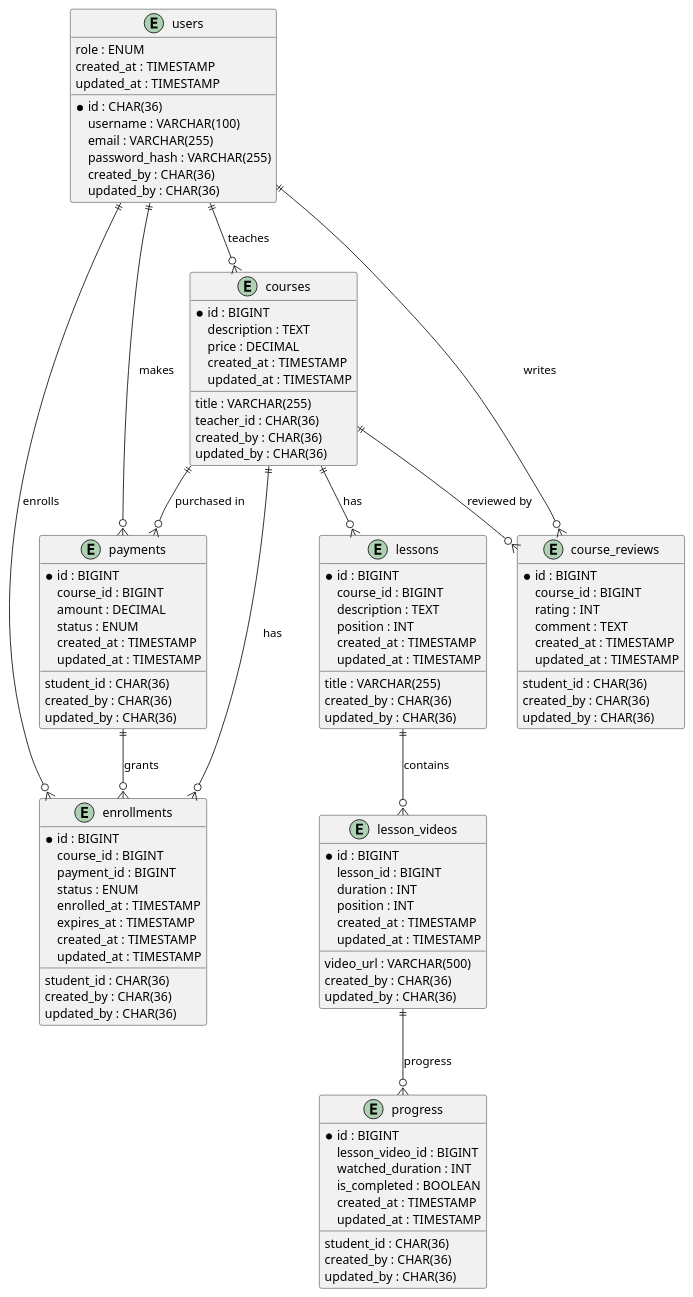
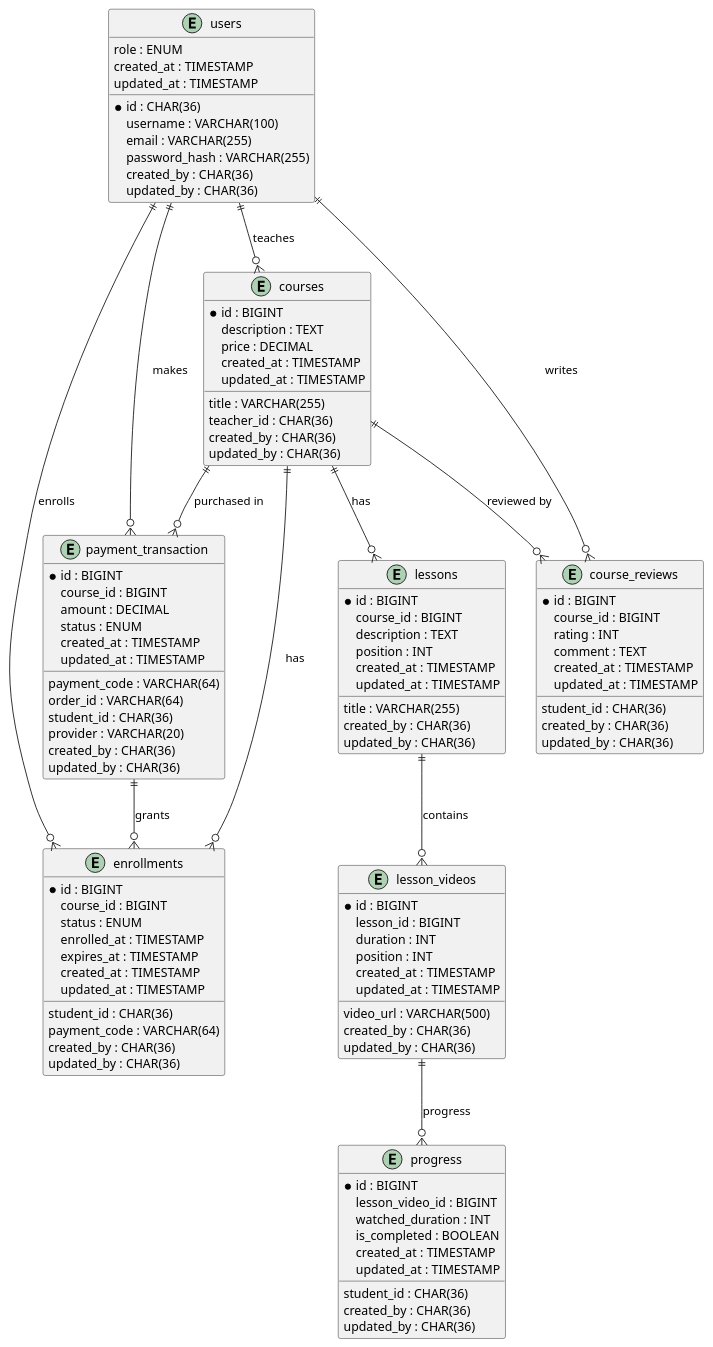
Before and after one commit to Mr-Lee009/bkis: the diagram in sql/db_er_diagram.puml, drawn with PlantUML. The commit also changed 29 other files, not shown here.

```diff
--- a/sql/db_er_diagram.puml
+++ b/sql/db_er_diagram.puml
@@ -1,115 +1,118 @@
 @startuml full_model
 
 ' --- Online Learning Platform ---
 entity "users" as users {
   *id : CHAR(36)
   username : VARCHAR(100)
   email : VARCHAR(255)
   password_hash : VARCHAR(255)
   role : ENUM
   created_by : CHAR(36)
   updated_by : CHAR(36)
   created_at : TIMESTAMP
   updated_at : TIMESTAMP
 }
 
 entity "courses" as courses {
   *id : BIGINT
   title : VARCHAR(255)
   description : TEXT
   teacher_id : CHAR(36)
   price : DECIMAL
   created_by : CHAR(36)
   updated_by : CHAR(36)
   created_at : TIMESTAMP
   updated_at : TIMESTAMP
 }
 
 entity "lessons" as lessons {
   *id : BIGINT
   course_id : BIGINT
   title : VARCHAR(255)
   description : TEXT
   position : INT
   created_by : CHAR(36)
   updated_by : CHAR(36)
   created_at : TIMESTAMP
   updated_at : TIMESTAMP
 }
 
 entity "lesson_videos" as lesson_videos {
   *id : BIGINT
   lesson_id : BIGINT
   video_url : VARCHAR(500)
   duration : INT
   position : INT
   created_by : CHAR(36)
   updated_by : CHAR(36)
   created_at : TIMESTAMP
   updated_at : TIMESTAMP
 }
 
-entity "payments" as payments {
+entity "payment_transaction" as payment_transaction {
   *id : BIGINT
+  payment_code : VARCHAR(64)
+  order_id : VARCHAR(64)
   student_id : CHAR(36)
   course_id : BIGINT
+  provider : VARCHAR(20)
   amount : DECIMAL
   status : ENUM
   created_by : CHAR(36)
   updated_by : CHAR(36)
   created_at : TIMESTAMP
   updated_at : TIMESTAMP
 }
 
 entity "progress" as progress {
   *id : BIGINT
   student_id : CHAR(36)
   lesson_video_id : BIGINT
   watched_duration : INT
   is_completed : BOOLEAN
   created_by : CHAR(36)
   updated_by : CHAR(36)
   created_at : TIMESTAMP
   updated_at : TIMESTAMP
 }
 
 entity "course_reviews" as course_reviews {
   *id : BIGINT
   course_id : BIGINT
   student_id : CHAR(36)
   rating : INT
   comment : TEXT
   created_by : CHAR(36)
   updated_by : CHAR(36)
   created_at : TIMESTAMP
   updated_at : TIMESTAMP
 }
 
 ' --- Access/Enrollment ---
 entity "enrollments" as enrollments {
   *id : BIGINT
   student_id : CHAR(36)
   course_id : BIGINT
-  payment_id : BIGINT
+  payment_code : VARCHAR(64)
   status : ENUM
   enrolled_at : TIMESTAMP
   expires_at : TIMESTAMP
   created_by : CHAR(36)
   updated_by : CHAR(36)
   created_at : TIMESTAMP
   updated_at : TIMESTAMP
 }
 
 ' --- RELATIONSHIPS ---
 users ||--o{ courses : "teaches"
 courses ||--o{ lessons : "has"
 lessons ||--o{ lesson_videos : "contains"
-users ||--o{ payments : "makes"
-courses ||--o{ payments : "purchased in"
+users ||--o{ payment_transaction : "makes"
+courses ||--o{ payment_transaction : "purchased in"
 lesson_videos ||--o{ progress : "progress"
 courses ||--o{ course_reviews : "reviewed by"
 users ||--o{ course_reviews : "writes"
 users ||--o{ enrollments : "enrolls"
 courses ||--o{ enrollments : "has"
-payments ||--o{ enrollments : "grants"
+payment_transaction ||--o{ enrollments : "grants"
 @enduml
```
